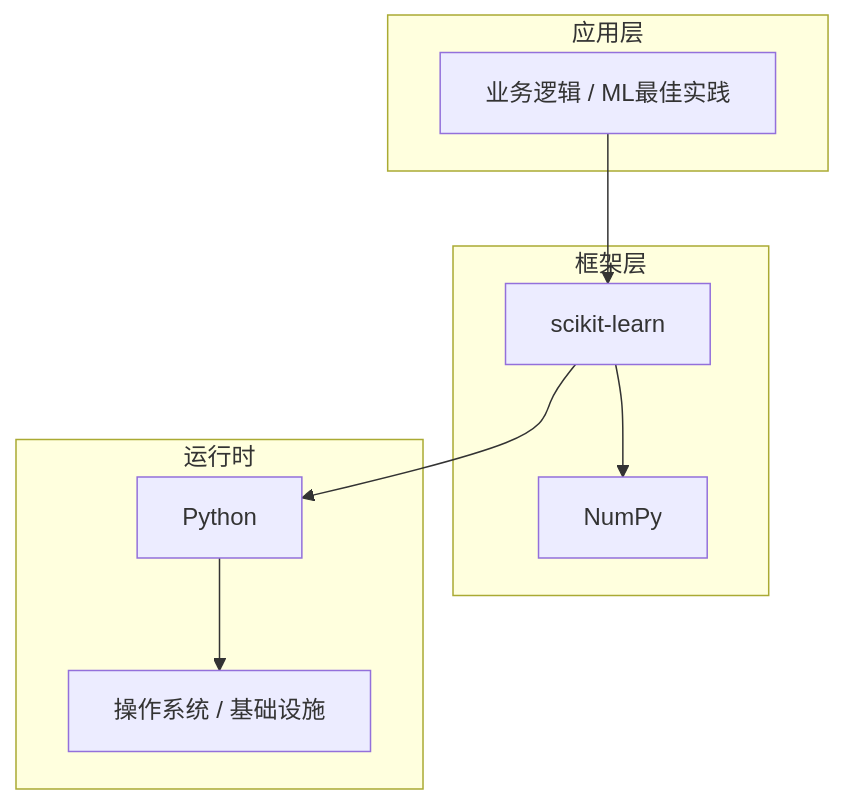
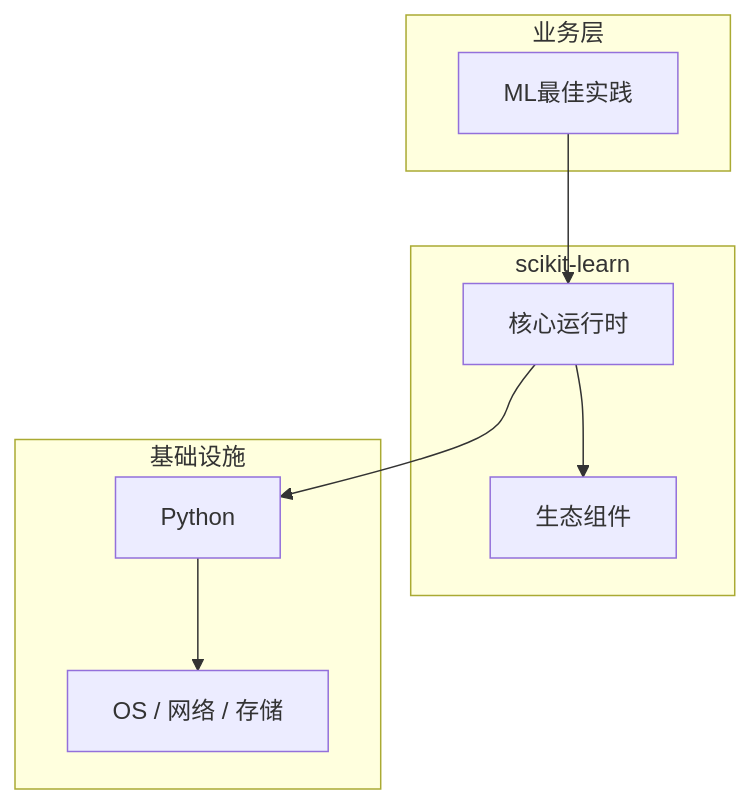
The diagram in articles/机器学习/chapters/145-ML最佳实践核心概念与原理.md (yanggan2015/knowledge-json-v2), drawn with Mermaid before and after one commit. The commit also changed other lines of this file and 10127 other files, not shown here.

````diff
--- a/articles/机器学习/chapters/145-ML最佳实践核心概念与原理.md
+++ b/articles/机器学习/chapters/145-ML最佳实践核心概念与原理.md
@@ -45,18 +34,18 @@
 ```mermaid
 graph TB
-    subgraph 应用层
-        A[业务逻辑 / ML最佳实践]
+    subgraph 业务层
+        A[ML最佳实践]
     end
-    subgraph 框架层
-        B[scikit-learn]
-        C[NumPy]
+    subgraph scikit-learn
+        B[核心运行时]
+        C[生态组件]
     end
-    subgraph 运行时
+    subgraph 基础设施
         D[Python]
-        E[操作系统 / 基础设施]
+        E[OS / 网络 / 存储]
     end
     A --> B
     B --> C
     B --> D
     D --> E
 ```
````
